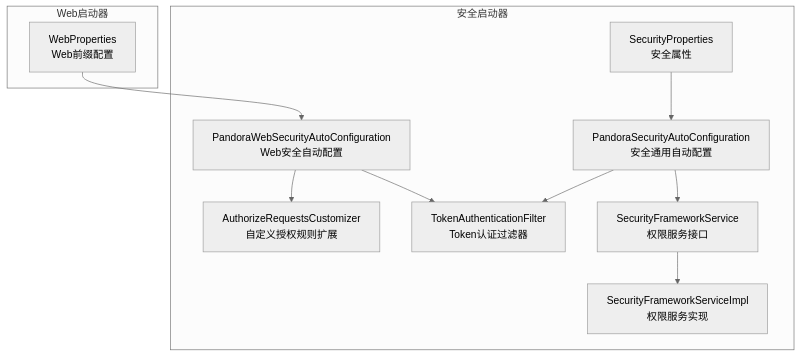
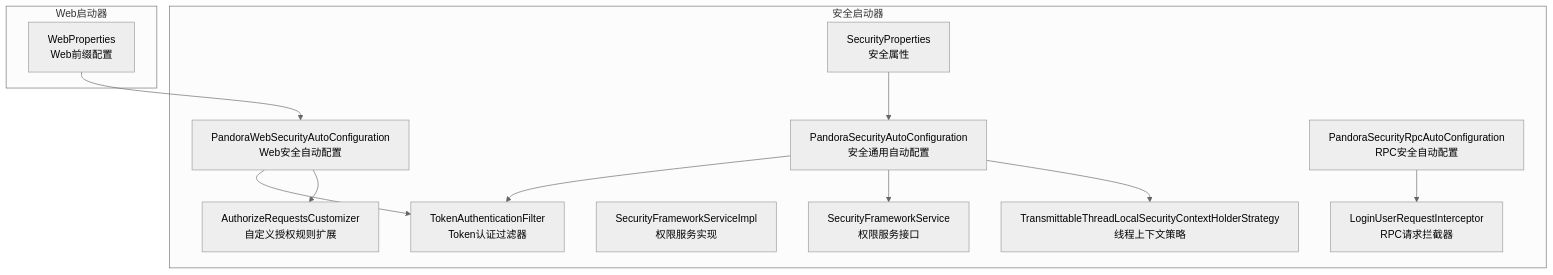
Before and after one commit to guanglei93/pandora-cloud: the first of 3 diagrams in .qoder/repowiki/zh/content/配置管理/安全配置属性.md, drawn with Mermaid (neutral theme). The commit also changed other lines of this file and 32 other files, not shown here.

````diff
--- a/.qoder/repowiki/zh/content/配置管理/安全配置属性.md
+++ b/.qoder/repowiki/zh/content/配置管理/安全配置属性.md
@@ -41,22 +55,26 @@
 ```mermaid
 graph TB
 subgraph "安全启动器"
 SP["SecurityProperties<br/>安全属性"]
 PSA["PandoraSecurityAutoConfiguration<br/>安全通用自动配置"]
 PWS["PandoraWebSecurityAutoConfiguration<br/>Web安全自动配置"]
+PSRA["PandoraSecurityRpcAutoConfiguration<br/>RPC安全自动配置"]
 ARC["AuthorizeRequestsCustomizer<br/>自定义授权规则扩展"]
 TAF["TokenAuthenticationFilter<br/>Token认证过滤器"]
 SFSI["SecurityFrameworkServiceImpl<br/>权限服务实现"]
 SFS["SecurityFrameworkService<br/>权限服务接口"]
+LURI["LoginUserRequestInterceptor<br/>RPC请求拦截器"]
+TTLS["TransmittableThreadLocalSecurityContextHolderStrategy<br/>线程上下文策略"]
 end
 subgraph "Web启动器"
 WP["WebProperties<br/>Web前缀配置"]
 end
 SP --> PSA
 PSA --> TAF
 PSA --> SFS
-SFS --> SFSI
+PSA --> TTLS
+PSRA --> LURI
 PWS --> TAF
 PWS --> ARC
 WP --> PWS
 ```
````
